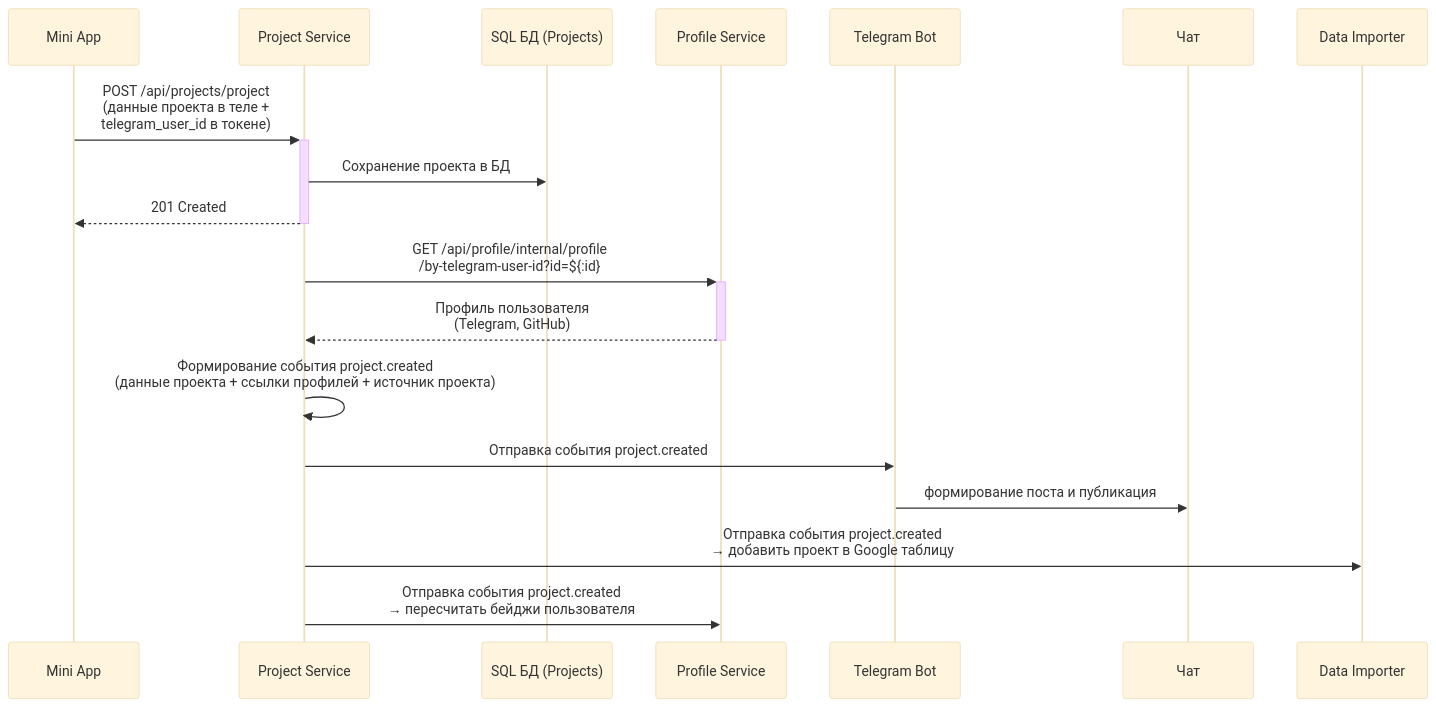
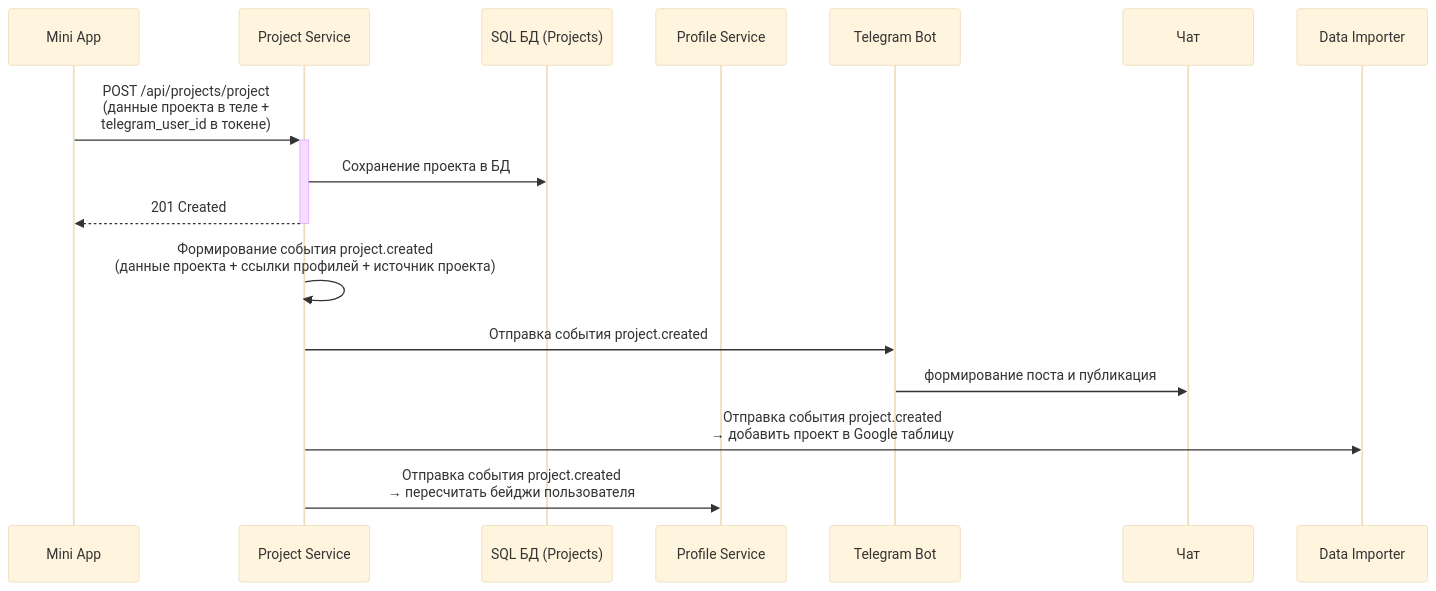
The first of 3 diagrams in system-analytics/functionality/projects-bookkeeping.md (it-mentor-community-platform/meta), drawn with Mermaid (base theme) before and after one commit. The commit also changed other lines of this file, not shown here.

First line of the commit message:
system analytics: projects bookkeeping - unnecessary requests to profile service removed

````diff
--- a/system-analytics/functionality/projects-bookkeeping.md
+++ b/system-analytics/functionality/projects-bookkeeping.md
@@ -20,27 +19,24 @@
   ```mermaid
   sequenceDiagram
     participant MiniApp as Mini App
     participant ProjectService as Project Service
     participant SQLDB as SQL БД (Projects)
     participant ProfileService as Profile Service
     participant TelegramBot as Telegram Bot
     participant Chat as Чат
     participant DataImporter as Data Importer
 
     MiniApp ->>+ ProjectService: POST /api/projects/project<br/>(данные проекта в теле +<br/>telegram_user_id в токене)
 
     ProjectService ->> SQLDB: Сохранение проекта в БД
     ProjectService -->>- MiniApp: 201 Created
 
-    ProjectService ->>+ ProfileService: GET /api/profile/internal/profile<br/>/by-telegram-user-id?id=${:id}
-    ProfileService -->>- ProjectService: Профиль пользователя<br/>(Telegram, GitHub)
-
     ProjectService ->> ProjectService: Формирование события project.created<br/>(данные проекта + ссылки профилей + источник проекта)
 
     ProjectService ->> TelegramBot: Отправка события project.created
     TelegramBot ->> Chat: формирование поста и публикация
 
     ProjectService ->> DataImporter: Отправка события project.created<br/>→ добавить проект в Google таблицу
 
     ProjectService ->> ProfileService: Отправка события project.created<br/>→ пересчитать бейджи пользователя
   ```
````
